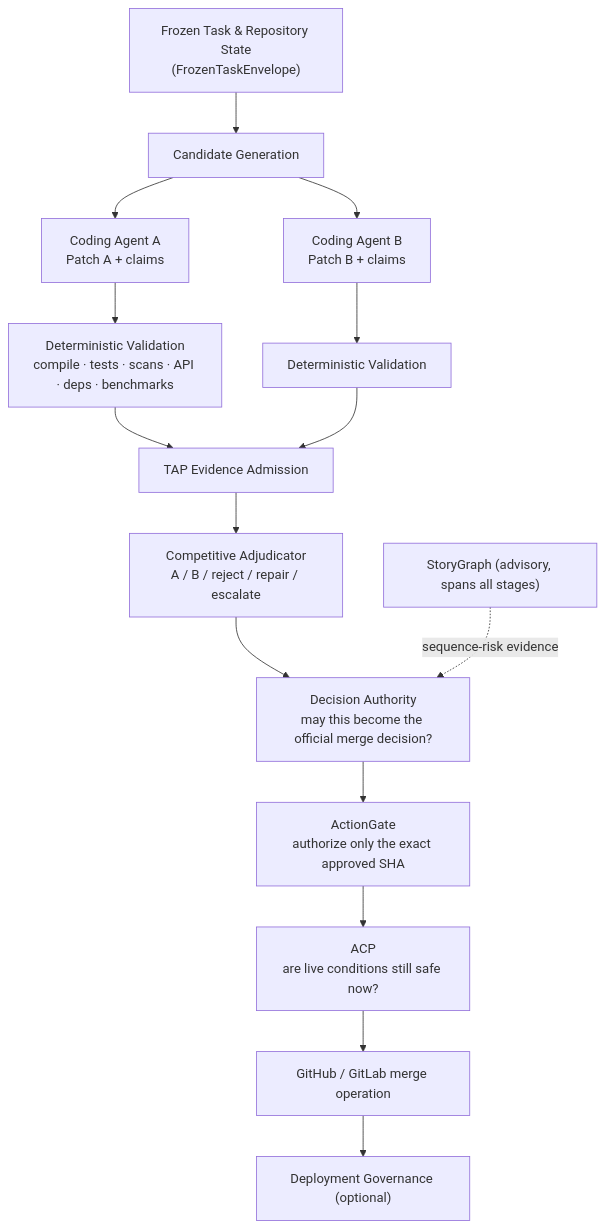
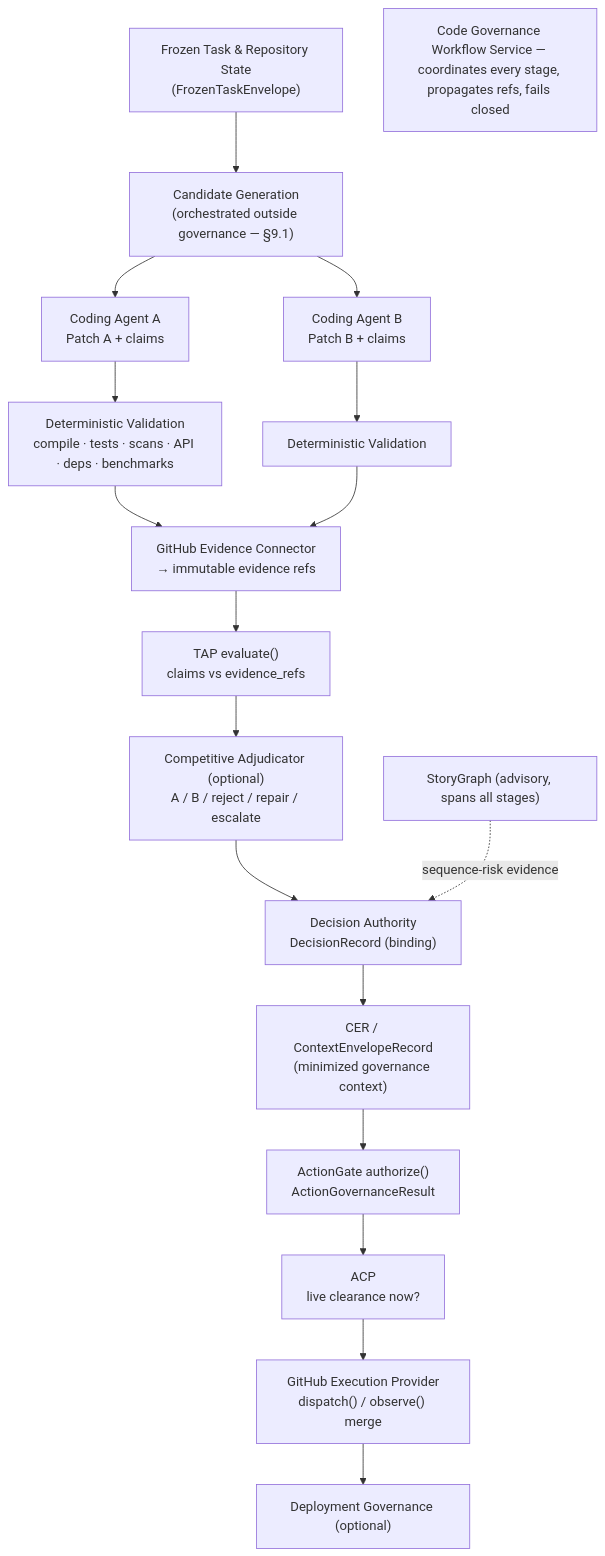
Before and after one commit to rasaha/symbolu: the third of 4 diagrams in UGENCE_CODE_GOVERNANCE_DESIGN_SPEC.md, drawn with Mermaid. The commit also changed other lines of this file, not shown here.

First line of the commit message:
docs: correct Code Governance provider model and contract mapping (v0.2)

````diff
--- a/UGENCE_CODE_GOVERNANCE_DESIGN_SPEC.md
+++ b/UGENCE_CODE_GOVERNANCE_DESIGN_SPEC.md
@@ -164,18 +221,21 @@
 ```mermaid
 flowchart TD
     FT["Frozen Task & Repository State<br/>(FrozenTaskEnvelope)"]
-    FT --> GEN["Candidate Generation"]
+    FT --> GEN["Candidate Generation<br/>(orchestrated outside governance — §9.1)"]
     GEN --> A["Coding Agent A<br/>Patch A + claims"]
     GEN --> B["Coding Agent B<br/>Patch B + claims"]
     A --> VA["Deterministic Validation<br/>compile · tests · scans · API · deps · benchmarks"]
     B --> VB["Deterministic Validation"]
-    VA --> ADM["TAP Evidence Admission"]
-    VB --> ADM
-    ADM --> ADJ["Competitive Adjudicator<br/>A / B / reject / repair / escalate"]
-    ADJ --> DEC["Decision Authority<br/>may this become the official merge decision?"]
-    DEC --> AGATE["ActionGate<br/>authorize only the exact approved SHA"]
-    AGATE --> ACPX["ACP<br/>are live conditions still safe now?"]
-    ACPX --> MERGE["GitHub / GitLab merge operation"]
-    MERGE --> DEP["Deployment Governance (optional)"]
+    VA --> EC["GitHub Evidence Connector<br/>→ immutable evidence refs"]
+    VB --> EC
+    EC --> TAP["TAP evaluate()<br/>claims vs evidence_refs"]
+    TAP --> ADJ["Competitive Adjudicator (optional)<br/>A / B / reject / repair / escalate"]
+    ADJ --> DEC["Decision Authority<br/>DecisionRecord (binding)"]
+    DEC --> CER["CER / ContextEnvelopeRecord<br/>(minimized governance context)"]
+    CER --> AGATE["ActionGate authorize()<br/>ActionGovernanceResult"]
+    AGATE --> ACPX["ACP<br/>live clearance now?"]
+    ACPX --> EXE["GitHub Execution Provider<br/>dispatch() / observe() merge"]
+    EXE --> DEP["Deployment Governance (optional)"]
+    WS["Code Governance Workflow Service — coordinates every stage, propagates refs, fails closed"]
     SG["StoryGraph (advisory, spans all stages)"] -. sequence-risk evidence .-> DEC
 ```
````
